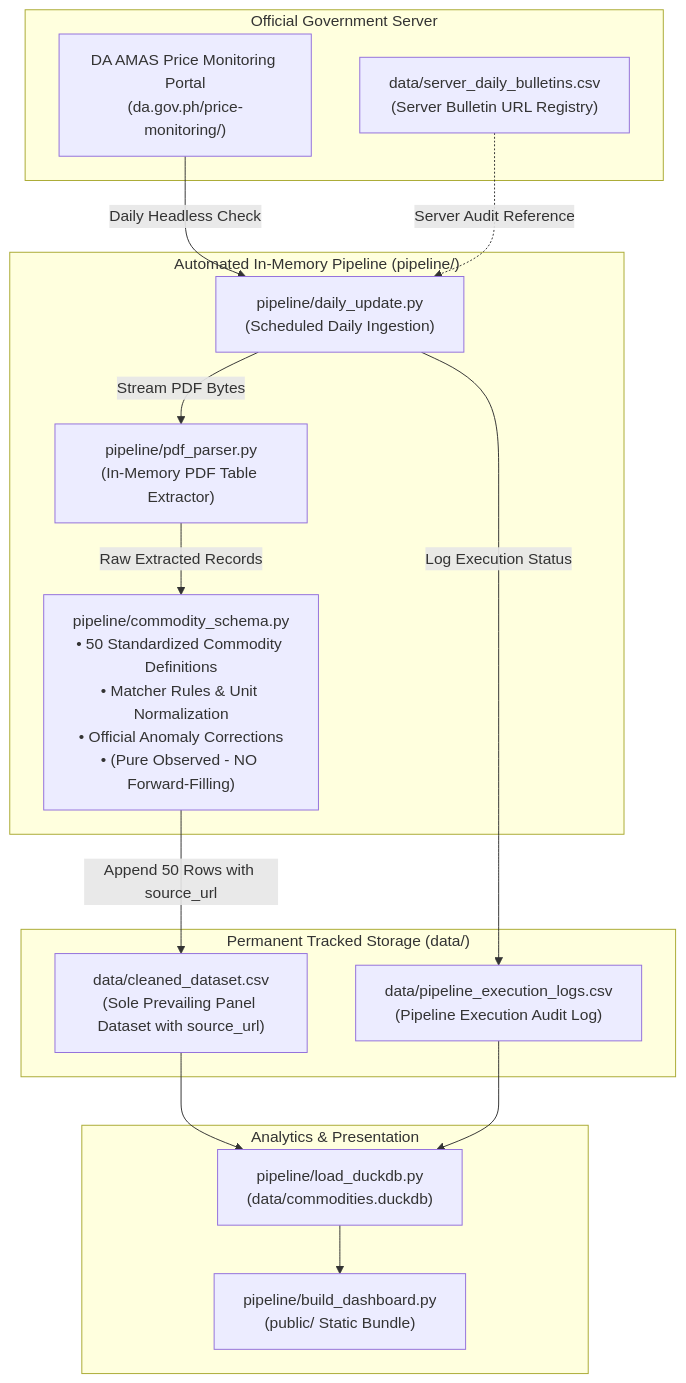
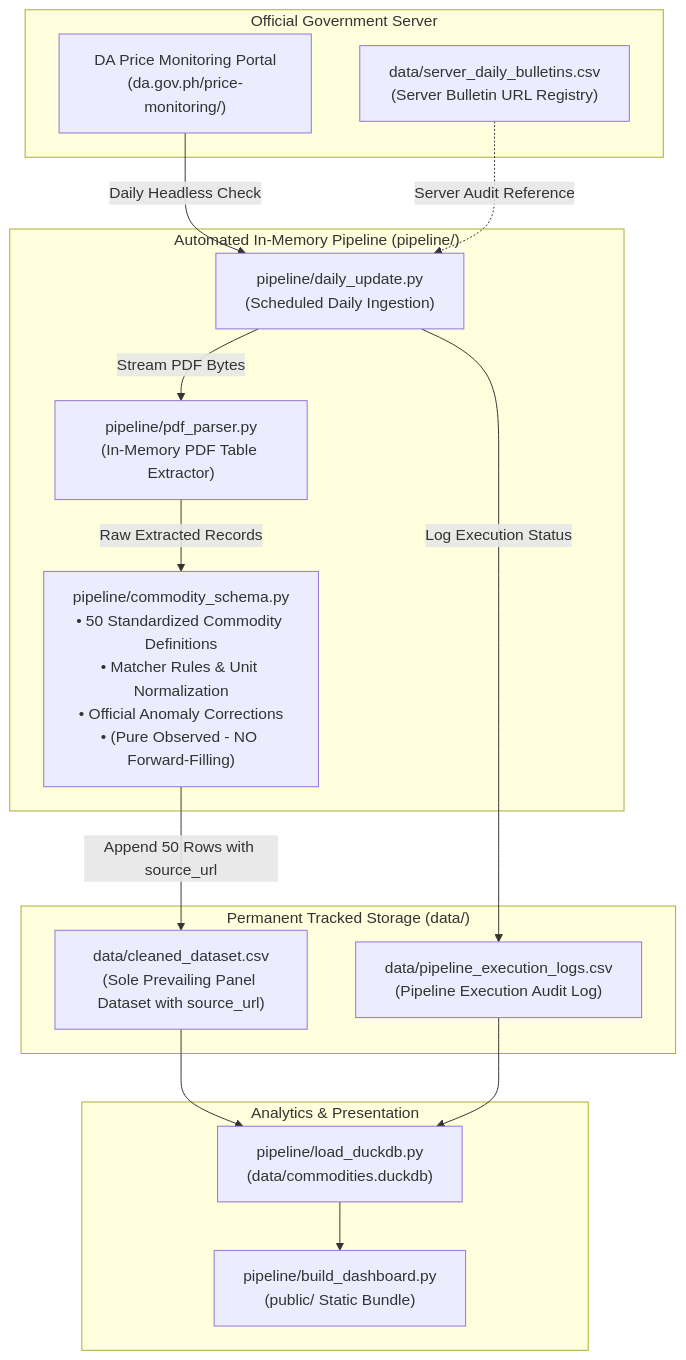
One commit to LeinnarF/Philippine-Commodity-Price-Tracker changed the first of 2 diagrams in README.md. Above: the diagram before and after it, drawn with Mermaid. The commit also changed other lines of this file and 14 other files, not shown here.

````diff
--- a/README.md
+++ b/README.md
@@ -33,33 +35,33 @@
 ```mermaid
 flowchart TD
     subgraph Portal ["Official Government Server"]
-        DA["DA AMAS Price Monitoring Portal<br/>(da.gov.ph/price-monitoring/)"]
+        DA["DA Price Monitoring Portal<br/>(da.gov.ph/price-monitoring/)"]
         REG["data/server_daily_bulletins.csv<br/>(Server Bulletin URL Registry)"]
     end
 
     subgraph Automation ["Automated In-Memory Pipeline (pipeline/)"]
         ORCH["pipeline/daily_update.py<br/>(Scheduled Daily Ingestion)"]
         PARSER["pipeline/pdf_parser.py<br/>(In-Memory PDF Table Extractor)"]
         SCHEMA["pipeline/commodity_schema.py<br/>• 50 Standardized Commodity Definitions<br/>• Matcher Rules & Unit Normalization<br/>• Official Anomaly Corrections<br/>• (Pure Observed - NO Forward-Filling)"]
     end
 
     subgraph Storage ["Permanent Tracked Storage (data/)"]
         CLEAN["data/cleaned_dataset.csv<br/>(Sole Prevailing Panel Dataset with source_url)"]
         LOGS["data/pipeline_execution_logs.csv<br/>(Pipeline Execution Audit Log)"]
     end
 
     subgraph Presentation ["Analytics & Presentation"]
         DUCK["pipeline/load_duckdb.py<br/>(data/commodities.duckdb)"]
         DASH["pipeline/build_dashboard.py<br/>(public/ Static Bundle)"]
     end
 
     DA -->|Daily Headless Check| ORCH
     ORCH -->|Stream PDF Bytes| PARSER
     PARSER -->|Raw Extracted Records| SCHEMA
     SCHEMA -->|Append 50 Rows with source_url| CLEAN
     ORCH -->|Log Execution Status| LOGS
     CLEAN --> DUCK
     LOGS --> DUCK
     DUCK --> DASH
     REG -.->|Server Audit Reference| ORCH
 ```
````
